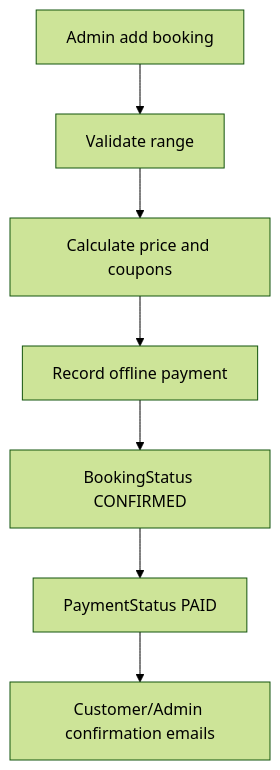
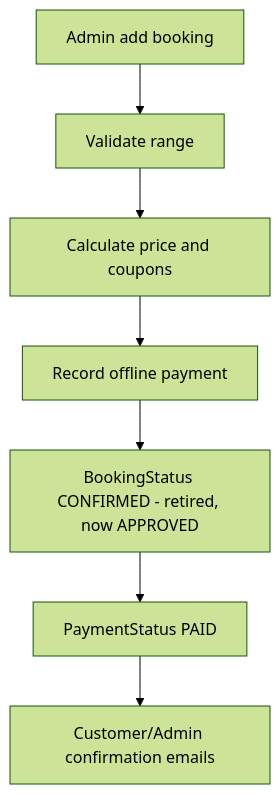
One commit to omprakash-code/havenretreatdev changed the second of 5 diagrams in docs/booking-workflow-refactor.md. Above: the diagram before and after it, drawn with Mermaid (forest theme). The commit also changed other lines of this file and 51 other files, not shown here.

````diff
--- a/docs/booking-workflow-refactor.md
+++ b/docs/booking-workflow-refactor.md
@@ -135,9 +154,9 @@
 ```mermaid
 flowchart TD
   A[Admin add booking] --> B[Validate range]
   B --> C[Calculate price and coupons]
   C --> D[Record offline payment]
-  D --> E[BookingStatus CONFIRMED]
+  D --> E[BookingStatus CONFIRMED - retired, now APPROVED]
   E --> F[PaymentStatus PAID]
   F --> G[Customer/Admin confirmation emails]
 ```
````
